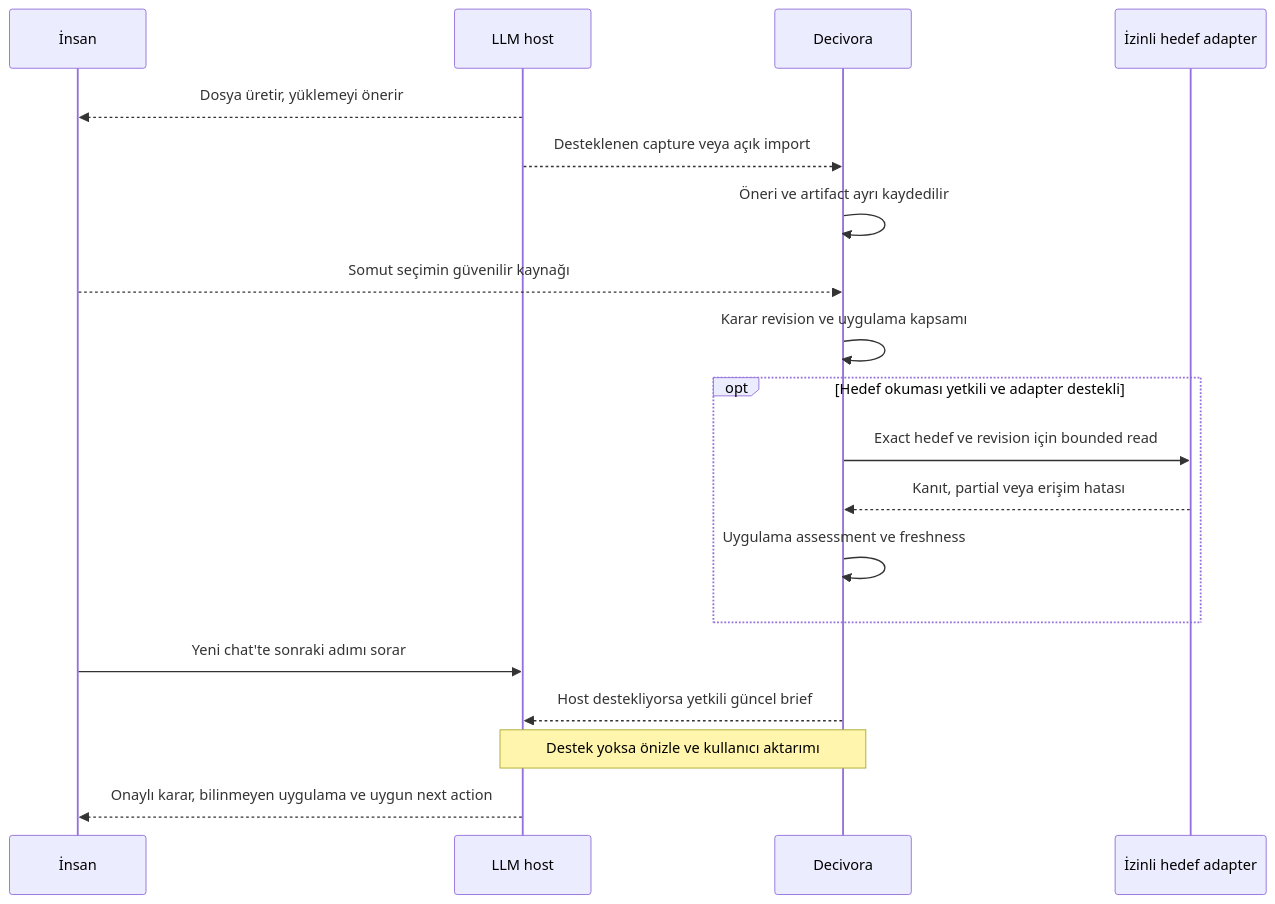
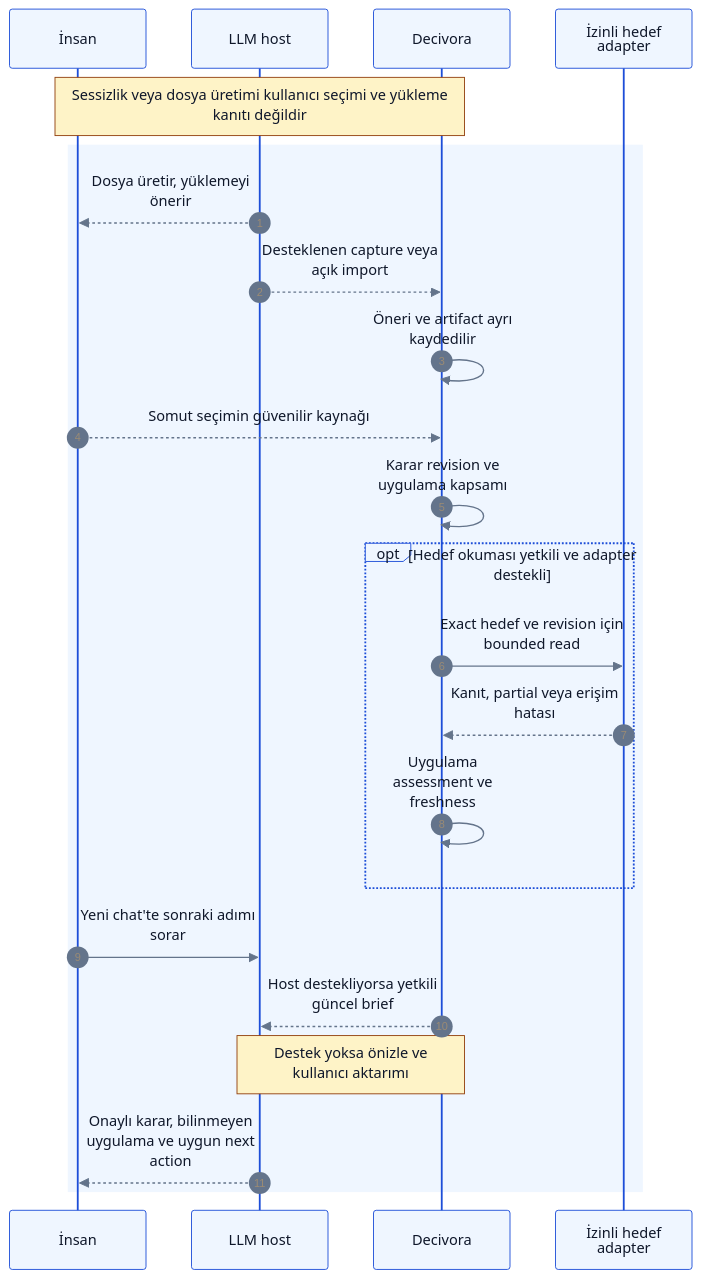
The second of 2 diagrams in docs/product/intent-to-reality-gap.md (alphanAkbulut/decivora), drawn with Mermaid before and after one commit. The commit also changed other lines of this file and 21 other files, not shown here.

Commit message:
Refresh all Mermaid diagrams, clarify decision states and document rendering evidence

````diff
--- a/docs/product/intent-to-reality-gap.md
+++ b/docs/product/intent-to-reality-gap.md
@@ -78,21 +94,28 @@
 ```mermaid
+%%{init: {"theme":"base","themeVariables":{"fontFamily":"Arial, sans-serif","fontSize":"14px","primaryColor":"#eff6ff","primaryTextColor":"#0f172a","primaryBorderColor":"#1d4ed8","lineColor":"#64748b","secondaryColor":"#ccfbf1","tertiaryColor":"#f1f5f9","background":"#ffffff","mainBkg":"#eff6ff","textColor":"#0f172a","clusterBkg":"#f8fafc","clusterBorder":"#94a3b8","edgeLabelBackground":"#ffffff","actorBkg":"#eff6ff","actorTextColor":"#0f172a","actorBorder":"#1d4ed8","signalColor":"#64748b","signalTextColor":"#0f172a","noteBkgColor":"#fef3c7","noteTextColor":"#0f172a","noteBorderColor":"#92400e"},"flowchart":{"htmlLabels":false,"curve":"linear"},"sequence":{"wrap":true},"themeCSS":"background-color:#ffffff;"}}%%
 sequenceDiagram
+    accTitle: Yeni chat için uygulama bilinmeyenini koruma
+    accDescr: Önerilen tasarım veya açıkça belirtilen sentetik örnek. Renkler alan ve kontrol türünü gösterir; implemented veya passed kanıtı değildir. Yetki, revision ve coverage sınırları korunur.
+    autonumber
     participant H as İnsan
     participant L as LLM host
     participant M as Decivora
     participant X as İzinli hedef adapter
+    Note over H,M: Sessizlik veya dosya üretimi kullanıcı seçimi ve yükleme kanıtı değildir
+    rect rgb(239, 246, 255)
     L-->>H: Dosya üretir, yüklemeyi önerir
     L-->>M: Desteklenen capture veya açık import
     M->>M: Öneri ve artifact ayrı kaydedilir
     H-->>M: Somut seçimin güvenilir kaynağı
     M->>M: Karar revision ve uygulama kapsamı
     opt Hedef okuması yetkili ve adapter destekli
         M->>X: Exact hedef ve revision için bounded read
         X-->>M: Kanıt, partial veya erişim hatası
         M->>M: Uygulama assessment ve freshness
     end
     H->>L: Yeni chat'te sonraki adımı sorar
     M-->>L: Host destekliyorsa yetkili güncel brief
     Note over M,L: Destek yoksa önizle ve kullanıcı aktarımı
     L-->>H: Onaylı karar, bilinmeyen uygulama ve uygun next action
+    end
 ```
````
